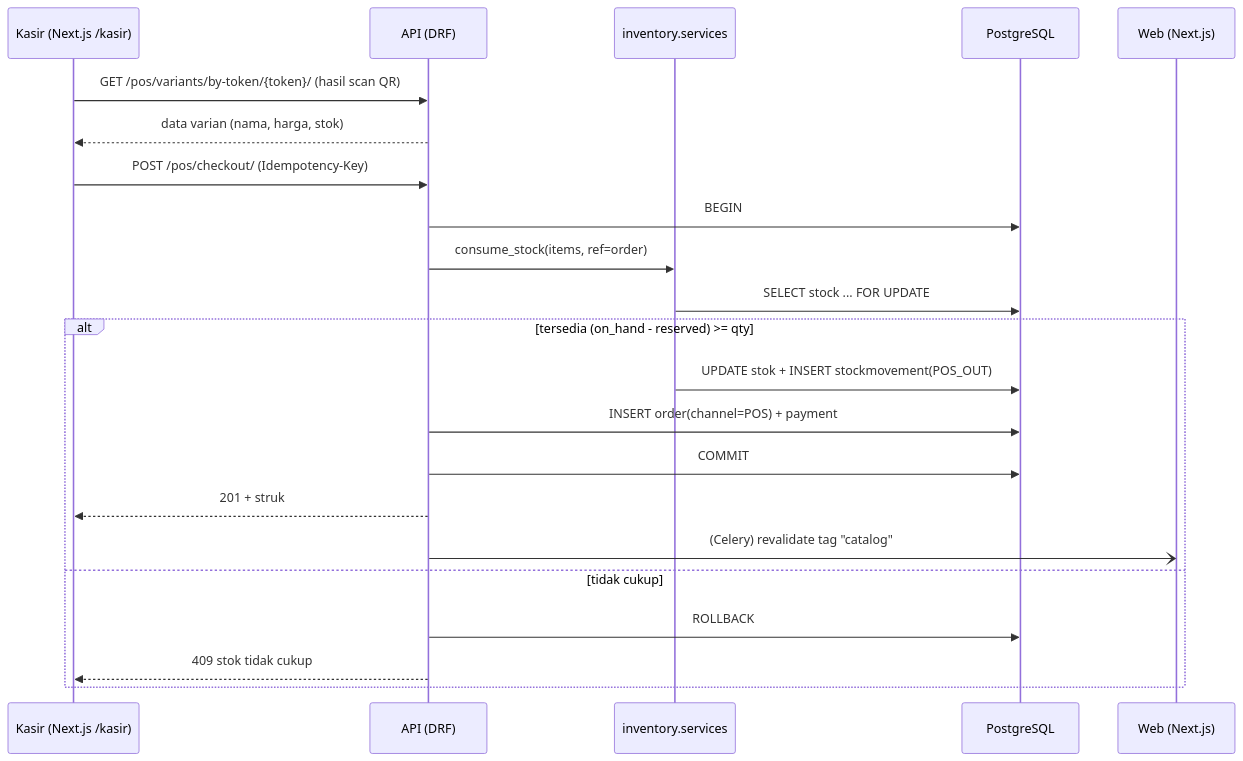
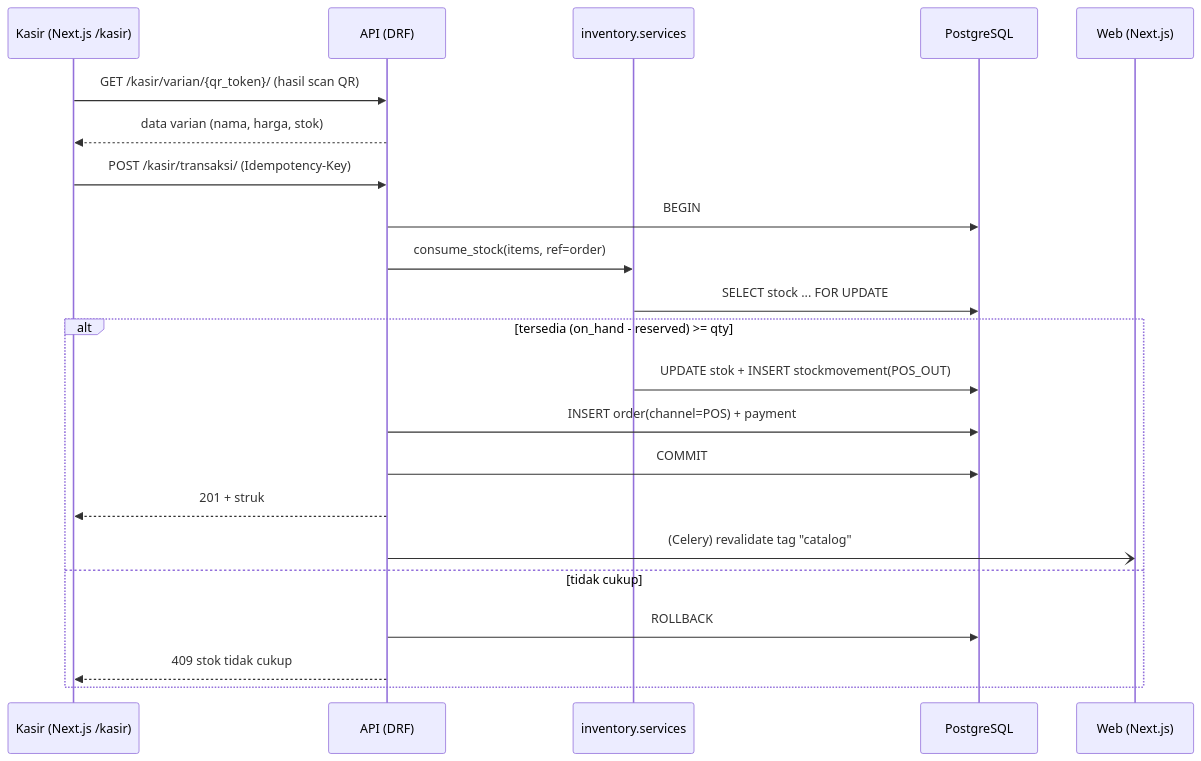
The third of 3 diagrams in docs/ARSITEKTUR.md (Amay135/batik-mankota), drawn with Mermaid before and after one commit. The commit also changed other lines of this file and 4 other files, not shown here.

Commit message:
docs: sync architecture and guides with current code

````diff
--- a/docs/ARSITEKTUR.md
+++ b/docs/ARSITEKTUR.md
@@ -204,25 +204,25 @@
 ```mermaid
 sequenceDiagram
     participant K as Kasir (Next.js /kasir)
     participant A as API (DRF)
     participant I as inventory.services
     participant DB as PostgreSQL
     participant W as Web (Next.js)
 
-    K->>A: GET /pos/variants/by-token/{token}/ (hasil scan QR)
+    K->>A: GET /kasir/varian/{qr_token}/ (hasil scan QR)
     A-->>K: data varian (nama, harga, stok)
-    K->>A: POST /pos/checkout/ (Idempotency-Key)
+    K->>A: POST /kasir/transaksi/ (Idempotency-Key)
     A->>DB: BEGIN
     A->>I: consume_stock(items, ref=order)
     I->>DB: SELECT stock ... FOR UPDATE
     alt tersedia (on_hand - reserved) >= qty
         I->>DB: UPDATE stok + INSERT stockmovement(POS_OUT)
         A->>DB: INSERT order(channel=POS) + payment
         A->>DB: COMMIT
         A-->>K: 201 + struk
         A-)W: (Celery) revalidate tag "catalog"
     else tidak cukup
         A->>DB: ROLLBACK
         A-->>K: 409 stok tidak cukup
     end
 ```
````
